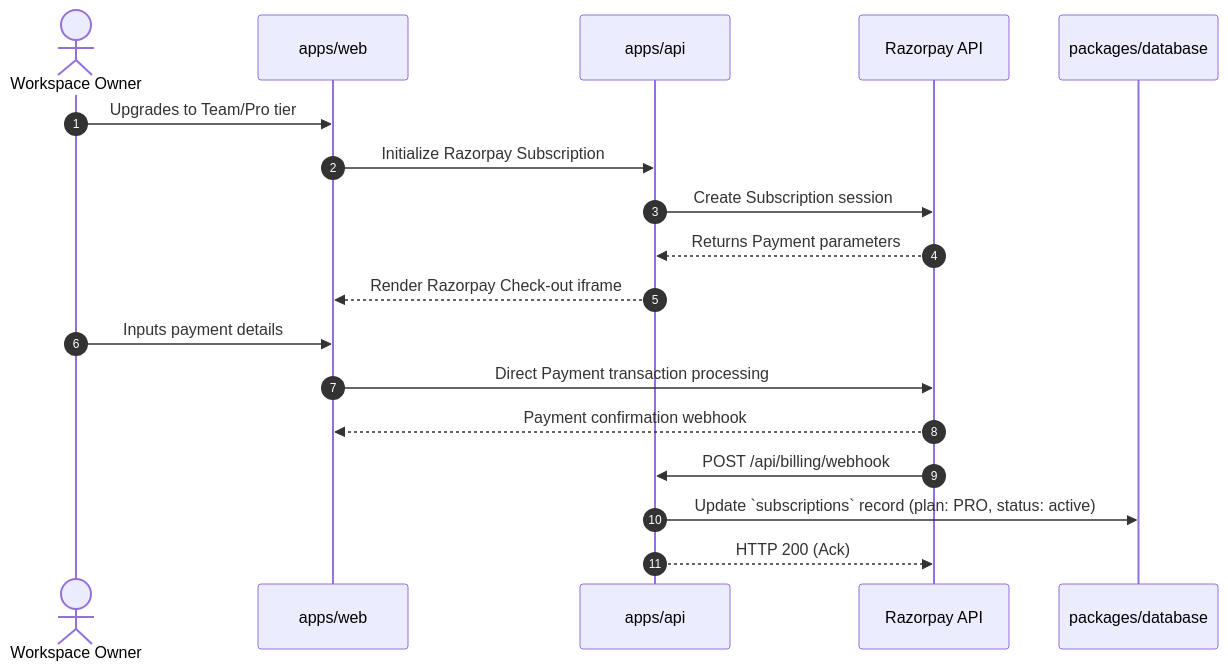
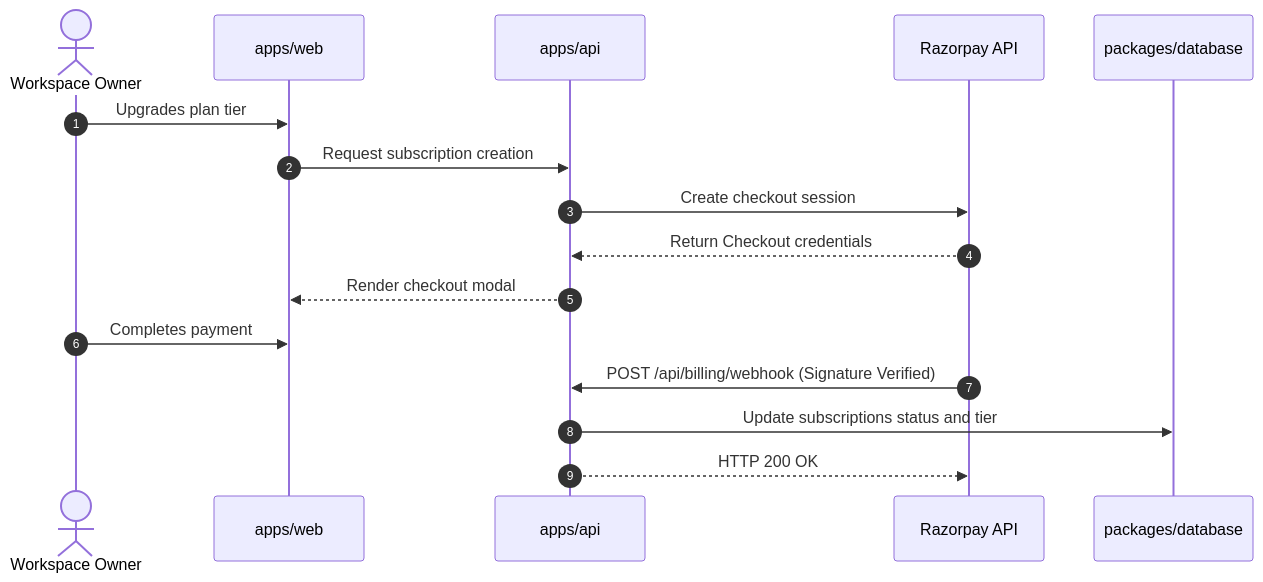
The fifth of 5 diagrams in docs/architecture.md (Satya7250/Launchly), drawn with Mermaid before and after one commit. The commit also changed other lines of this file and 37 other files, not shown here.

Commit message:
feat: implement workspace selection UI, database schema, and demo onboarding workflow

````diff
--- a/docs/architecture.md
+++ b/docs/architecture.md
@@ -138,21 +200,19 @@
 ```mermaid
 sequenceDiagram
     autonumber
     actor Admin as Workspace Owner
     participant Web as apps/web
     participant API as apps/api
     participant RP as Razorpay API
     participant DB as packages/database
 
-    Admin->>Web: Upgrades to Team/Pro tier
-    Web->>API: Initialize Razorpay Subscription
-    API->>RP: Create Subscription session
-    RP-->>API: Returns Payment parameters
-    API-->>Web: Render Razorpay Check-out iframe
-    Admin->>Web: Inputs payment details
-    Web->>RP: Direct Payment transaction processing
-    RP-->>Web: Payment confirmation webhook
-    RP->>API: POST /api/billing/webhook
-    API->>DB: Update `subscriptions` record (plan: PRO, status: active)
-    API-->>RP: HTTP 200 (Ack)
+    Admin->>Web: Upgrades plan tier
+    Web->>API: Request subscription creation
+    API->>RP: Create checkout session
+    RP-->>API: Return Checkout credentials
+    API-->>Web: Render checkout modal
+    Admin->>Web: Completes payment
+    RP->>API: POST /api/billing/webhook (Signature Verified)
+    API->>DB: Update subscriptions status and tier
+    API-->>RP: HTTP 200 OK
 ```
````
